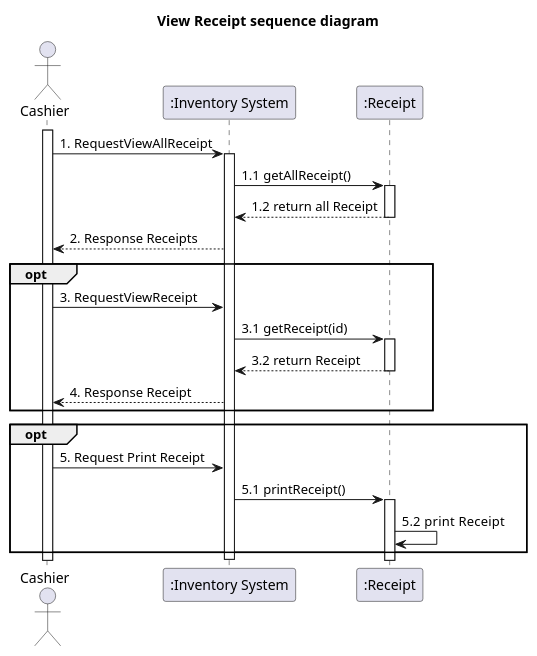
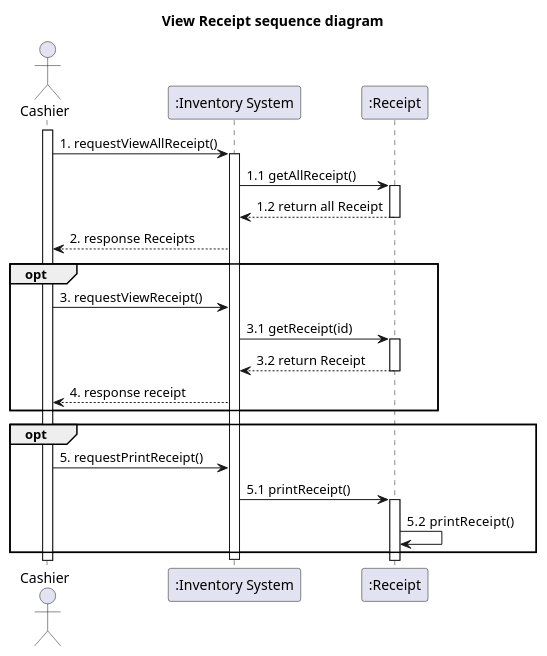
One commit to billowdev/inventory-system-plantuml-sequelize-seeder-example changed the diagram in system-analysis/sequence/_7_1_sequence-view-receipt.puml. Above: the diagram before and after it, drawn with PlantUML. The commit also changed 22 other files, not shown here.

Commit message:
update sequence refactor to lowwer case

```diff
--- a/system-analysis/sequence/_7_1_sequence-view-receipt.puml
+++ b/system-analysis/sequence/_7_1_sequence-view-receipt.puml
@@ -1,59 +1,59 @@
 @startuml
 'example
 title View Receipt sequence diagram
 
 actor Cashier as actorCashier
 participant ":Inventory System" as InventorySystem
 participant ":Receipt" as classReceipt
 
 activate actorCashier
 
-actorCashier -> InventorySystem: 1. RequestViewAllReceipt
+actorCashier -> InventorySystem: 1. requestViewAllReceipt()
 activate InventorySystem
 
 '-------------- START view product ---------------
 InventorySystem -> classReceipt: 1.1 getAllReceipt()
 activate classReceipt
 
 classReceipt --> InventorySystem: 1.2 return all Receipt
 deactivate classReceipt
 
-InventorySystem --> actorCashier : 2. Response Receipts
+InventorySystem --> actorCashier : 2. response Receipts
 
 
 
 opt
-actorCashier -> InventorySystem: 3. RequestViewReceipt
+actorCashier -> InventorySystem: 3. requestViewReceipt()
 
 InventorySystem -> classReceipt: 3.1 getReceipt(id)
 activate classReceipt
 
 classReceipt --> InventorySystem: 3.2 return Receipt
 deactivate classReceipt
 
 
 '-------------- END view product ---------------
 
-InventorySystem --> actorCashier : 4. Response Receipt
+InventorySystem --> actorCashier : 4. response receipt
 
 
 end
 
 
 opt
-actorCashier -> InventorySystem : 5. Request Print Receipt
+actorCashier -> InventorySystem : 5. requestPrintReceipt()
 
 
 InventorySystem -> classReceipt : 5.1 printReceipt()
 
 activate classReceipt
-classReceipt -> classReceipt : 5.2  print Receipt
+classReceipt -> classReceipt : 5.2  printReceipt()
 
 
 end
 deactivate InventorySystem
 
 
 
 
 @enduml
```
